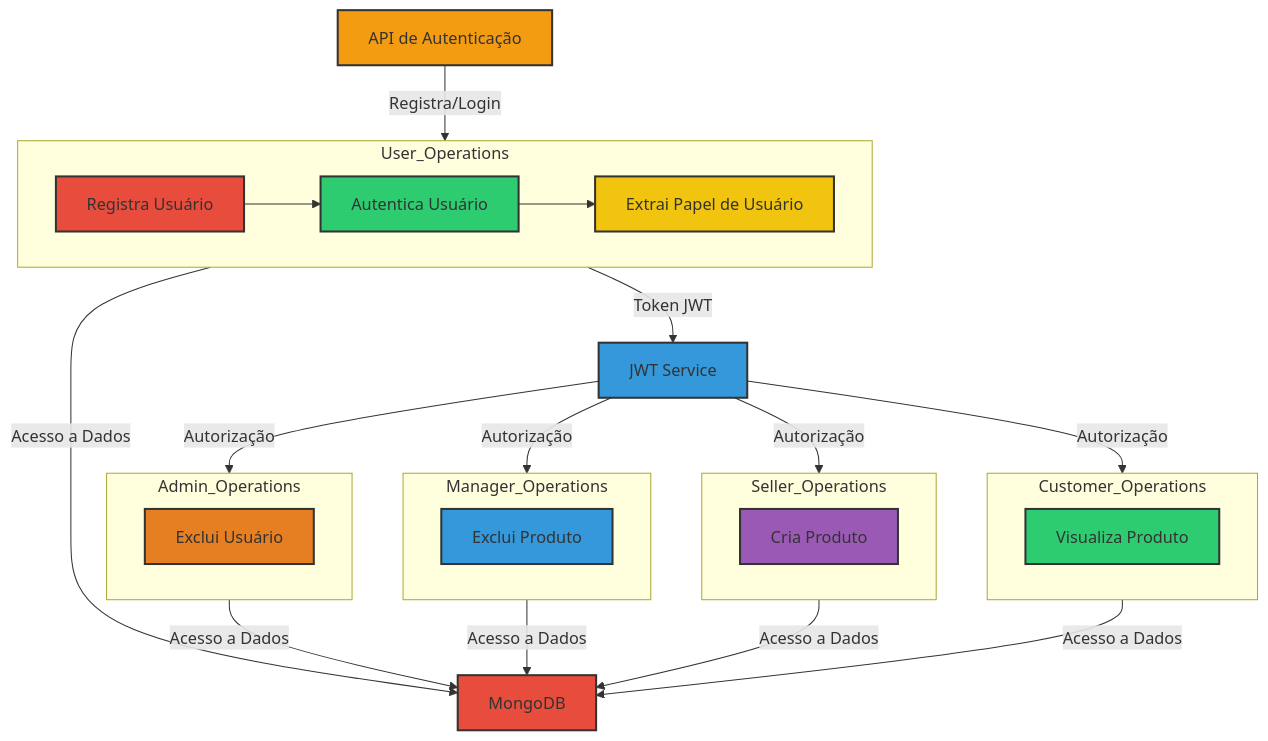
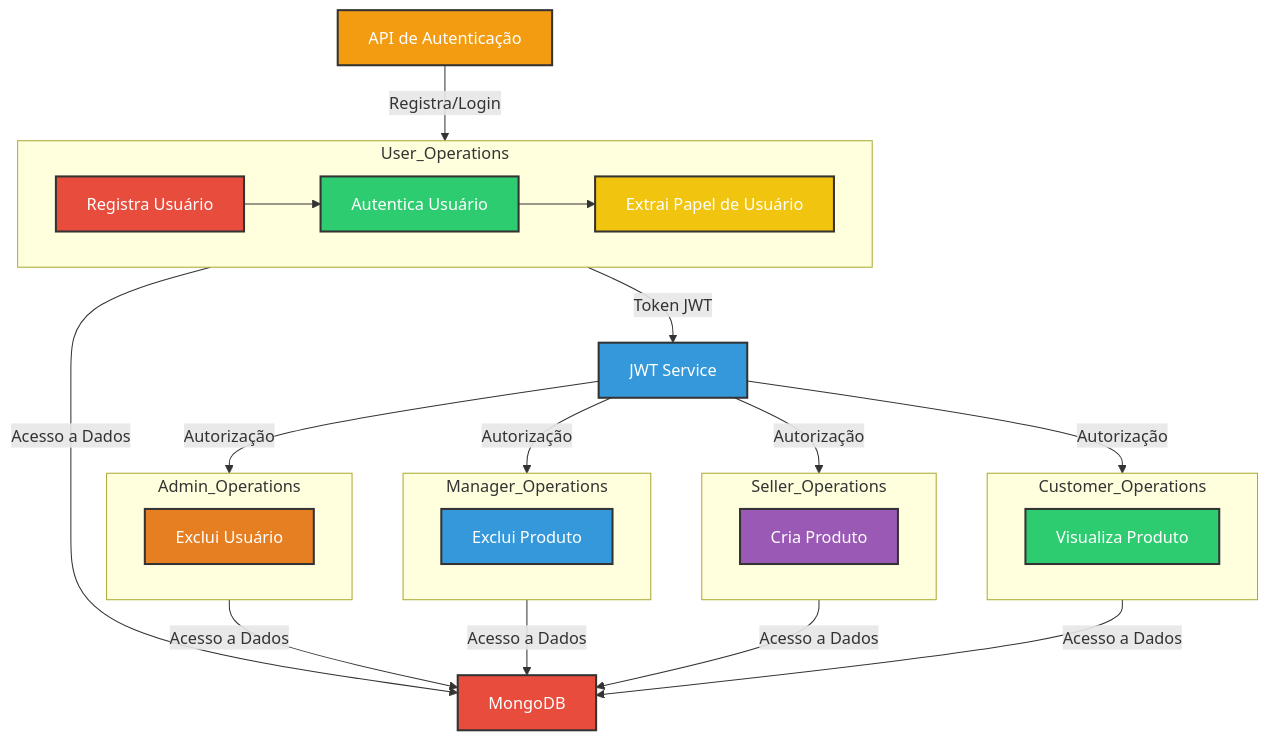
One commit to GuuhRodrigues/API_com_Autorizacao_e_Autenticacao changed the diagram in README.md. Above: the diagram before and after it, drawn with Mermaid.

````diff
--- a/README.md
+++ b/README.md
@@ -8,45 +8,45 @@
 ```mermaid
 graph TD;
     subgraph User_Operations
         A1[Registra Usuário] --> B1[Autentica Usuário]
         B1 --> C1[Extrai Papel de Usuário]
-        style A1 fill:#e74c3c,stroke:#333,stroke-width:2px;
-        style B1 fill:#2ecc71,stroke:#333,stroke-width:2px;
-        style C1 fill:#f1c40f,stroke:#333,stroke-width:2px;
+        style A1 fill:#e74c3c,stroke:#333,stroke-width:2px,color:#fff;
+        style B1 fill:#2ecc71,stroke:#333,stroke-width:2px,color:#fff;
+        style C1 fill:#f1c40f,stroke:#333,stroke-width:2px,color:#fff;
     end
 
     subgraph Admin_Operations
         D1[Exclui Usuário]
-        style D1 fill:#e67e22,stroke:#333,stroke-width:2px;
+        style D1 fill:#e67e22,stroke:#333,stroke-width:2px,color:#fff;
     end
 
     subgraph Manager_Operations
         E1[Exclui Produto]
-        style E1 fill:#3498db,stroke:#333,stroke-width:2px;
+        style E1 fill:#3498db,stroke:#333,stroke-width:2px,color:#fff;
     end
 
     subgraph Seller_Operations
         F1[Cria Produto]
-        style F1 fill:#9b59b6,stroke:#333,stroke-width:2px;
+        style F1 fill:#9b59b6,stroke:#333,stroke-width:2px,color:#fff;
     end
 
     subgraph Customer_Operations
         G1[Visualiza Produto]
-        style G1 fill:#2ecc71,stroke:#333,stroke-width:2px;
+        style G1 fill:#2ecc71,stroke:#333,stroke-width:2px,color:#fff;
     end
 
     A[API de Autenticação] -->|Registra/Login| User_Operations
-    style A fill:#f39c12,stroke:#333,stroke-width:2px;
+    style A fill:#f39c12,stroke:#333,stroke-width:2px,color:#fff;
     User_Operations -->|Token JWT| H[JWT Service]
-    style H fill:#3498db,stroke:#333,stroke-width:2px;
+    style H fill:#3498db,stroke:#333,stroke-width:2px,color:#fff;
     H -->|Autorização| Admin_Operations
     H -->|Autorização| Manager_Operations
     H -->|Autorização| Seller_Operations
     H -->|Autorização| Customer_Operations
     User_Operations -->|Acesso a Dados| I[MongoDB]
-    style I fill:#e74c3c,stroke:#333,stroke-width:2px;
+    style I fill:#e74c3c,stroke:#333,stroke-width:2px,color:#fff;
     Admin_Operations -->|Acesso a Dados| I
     Manager_Operations -->|Acesso a Dados| I
     Seller_Operations -->|Acesso a Dados| I
     Customer_Operations -->|Acesso a Dados| I
 ```
````
